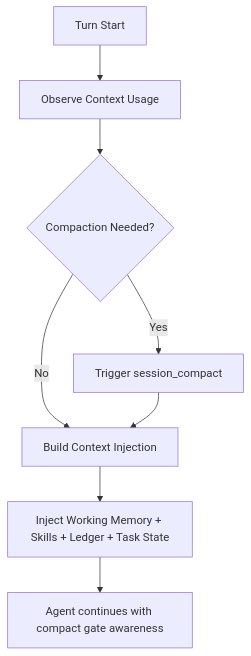
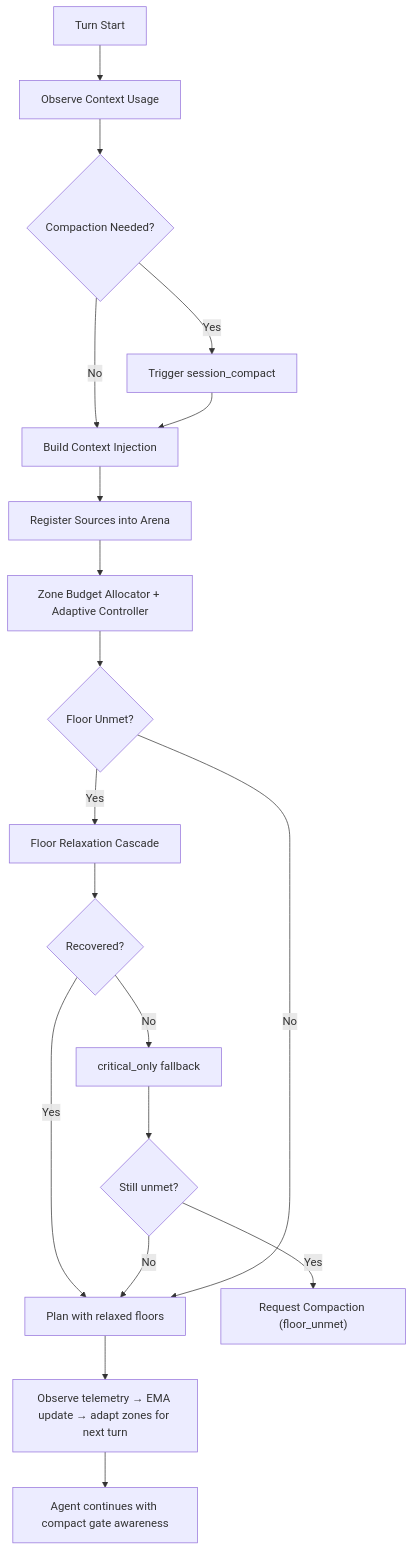
One commit to arcthur/pi-roaster changed the diagram in docs/journeys/context-and-compaction.md. Above: the diagram before and after it, drawn with Mermaid. The commit also changed other lines of this file and 38 other files, not shown here.

First line of the commit message:
feat(runtime): adaptive zone budget, arena SLO, external recall, floor-unmet cascade

````diff
--- a/docs/journeys/context-and-compaction.md
+++ b/docs/journeys/context-and-compaction.md
@@ -12,10 +14,21 @@
 ```mermaid
 flowchart TD
   A["Turn Start"] --> B["Observe Context Usage"]
   B --> C{"Compaction Needed?"}
   C -->|Yes| D["Trigger session_compact"]
   C -->|No| E["Build Context Injection"]
   D --> E
-  E --> F["Inject Working Memory + Skills + Ledger + Task State"]
-  F --> G["Agent continues with compact gate awareness"]
+  E --> F["Register Sources into Arena"]
+  F --> G["Zone Budget Allocator + Adaptive Controller"]
+  G --> H{"Floor Unmet?"}
+  H -->|Yes| I["Floor Relaxation Cascade"]
+  I --> J{"Recovered?"}
+  J -->|Yes| K["Plan with relaxed floors"]
+  J -->|No| L["critical_only fallback"]
+  L --> M{"Still unmet?"}
+  M -->|Yes| N["Request Compaction (floor_unmet)"]
+  M -->|No| K
+  H -->|No| K
+  K --> O["Observe telemetry → EMA update → adapt zones for next turn"]
+  O --> P["Agent continues with compact gate awareness"]
 ```
````
